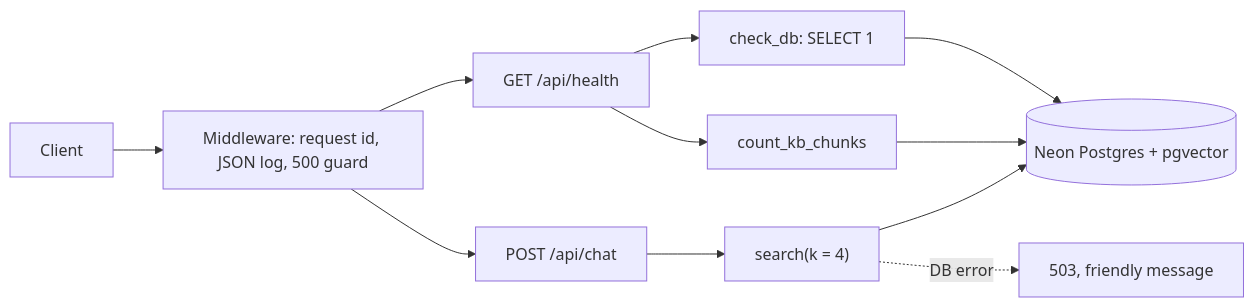
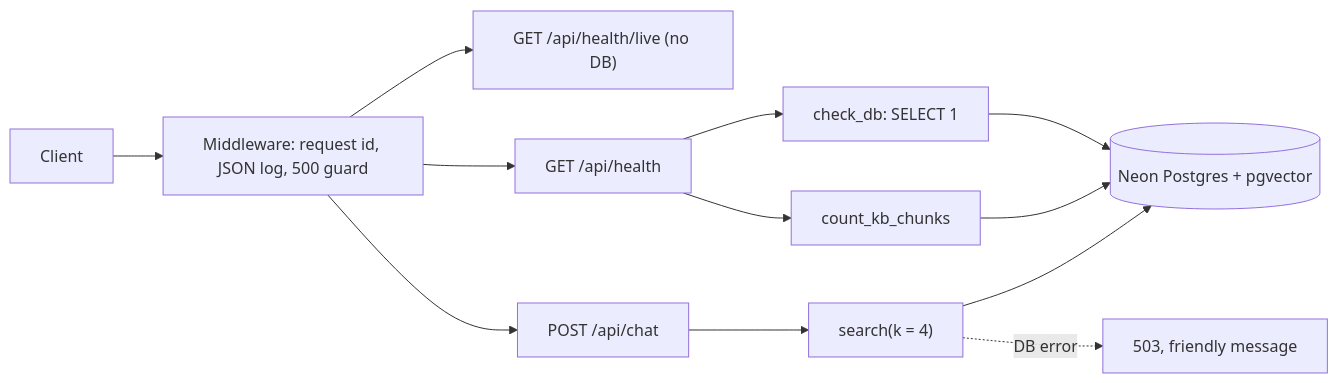
Before and after one commit to AdithyaChauhan/vantis-sales-agent: the first of 5 diagrams in docs/ARCHITECTURE.md, drawn with Mermaid. The commit also changed other lines of this file and 13 other files, not shown here.

````diff
--- a/docs/ARCHITECTURE.md
+++ b/docs/ARCHITECTURE.md
@@ -28,13 +30,14 @@
 ```mermaid
 flowchart LR
   client["Client"] --> mw["Middleware: request id, JSON log, 500 guard"]
+  mw --> live["GET /api/health/live (no DB)"]
   mw --> health["GET /api/health"]
   health --> check["check_db: SELECT 1"]
   health --> count["count_kb_chunks"]
   check --> neon[("Neon Postgres + pgvector")]
   count --> neon
   mw --> chat["POST /api/chat"]
   chat --> search["search(k = 4)"]
   search --> neon
   search -.->|"DB error"| e503["503, friendly message"]
 ```
````
